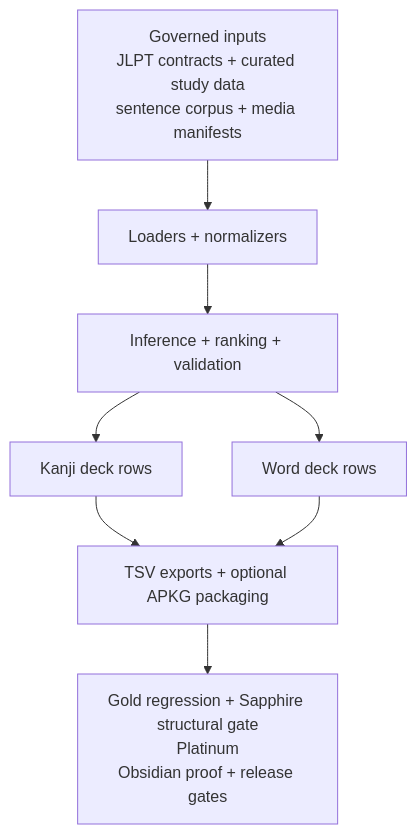
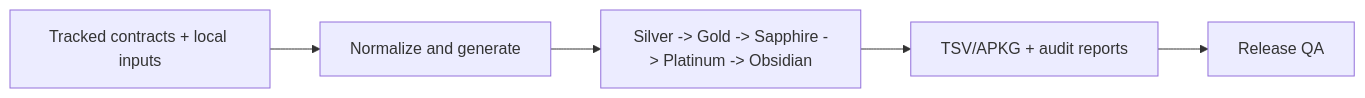
The diagram in README.md (JeremiahM18/japanese-kanji-anki-builder), drawn with Mermaid before and after one commit. The commit also changed other lines of this file and 2 other files, not shown here.

````diff
--- a/README.md
+++ b/README.md
@@ -158,10 +98,7 @@
 ```mermaid
-flowchart TD
-    A["Governed inputs<br/>JLPT contracts + curated study data<br/>sentence corpus + media manifests"] --> B["Loaders + normalizers"]
-    B --> C["Inference + ranking + validation"]
-    C --> D["Kanji deck rows"]
-    C --> E["Word deck rows"]
-    D --> F["TSV exports + optional APKG packaging"]
-    E --> F
-    F --> G["Gold regression + Sapphire structural gate<br/>Platinum<br/>Obsidian proof + release gates"]
+flowchart LR
+    Inputs["Tracked contracts + local inputs"] --> Build["Normalize and generate"]
+    Build --> Lanes["Silver -> Gold -> Sapphire -> Platinum -> Obsidian"]
+    Lanes --> Artifacts["TSV/APKG + audit reports"]
+    Artifacts --> QA["Release QA"]
 ```
````
